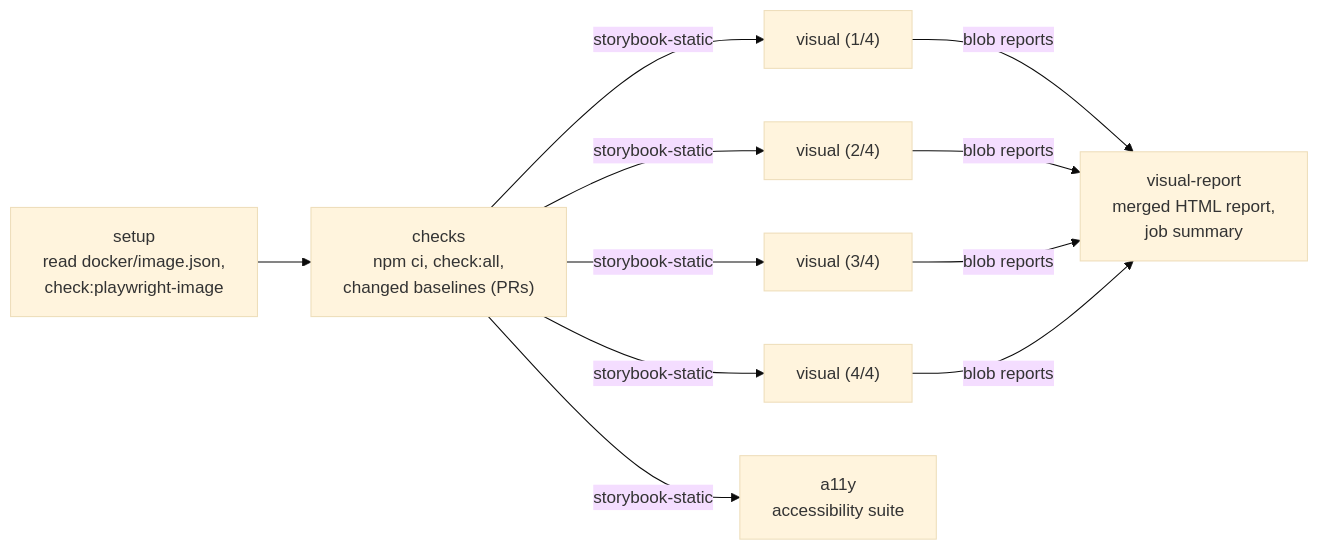
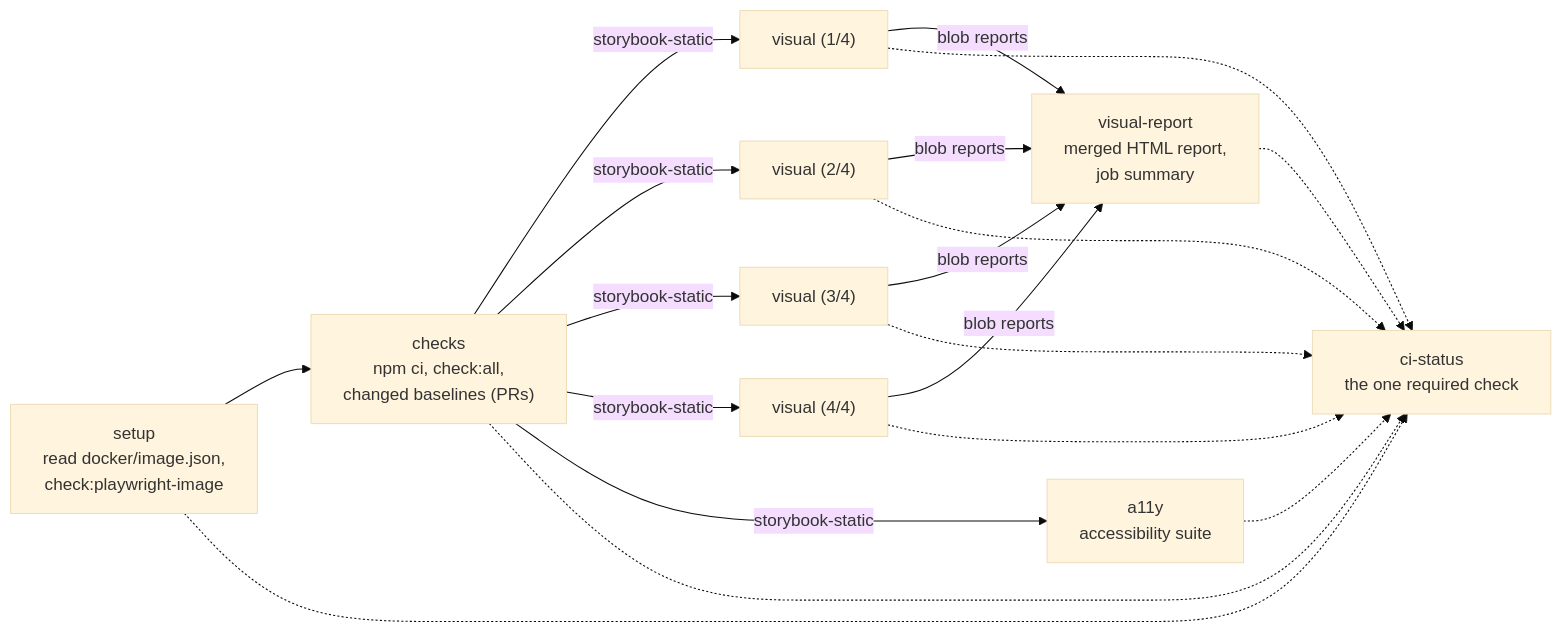
One commit to jpiemeisl/storybook-playwright changed the diagram in docs/ci.md. Above: the diagram before and after it, drawn with Mermaid (base theme). The commit also changed other lines of this file and 1 other file, not shown here.

First line of the commit message:
CI: add the ci-status gate job, the only required check

````diff
--- a/docs/ci.md
+++ b/docs/ci.md
@@ -13,10 +13,11 @@
 ```mermaid
 flowchart LR
   setup["setup<br/>read docker/image.json,<br/>check:playwright-image"] --> checks["checks<br/>npm ci, check:all,<br/>changed baselines (PRs)"]
   checks -- storybook-static --> v1["visual (1/4)"]
   checks -- storybook-static --> v2["visual (2/4)"]
   checks -- storybook-static --> v3["visual (3/4)"]
   checks -- storybook-static --> v4["visual (4/4)"]
   checks -- storybook-static --> a11y["a11y<br/>accessibility suite"]
   v1 & v2 & v3 & v4 -- blob reports --> report["visual-report<br/>merged HTML report,<br/>job summary"]
+  setup & checks & v1 & v2 & v3 & v4 & report & a11y -.-> status["ci-status<br/>the one required check"]
 ```
````
